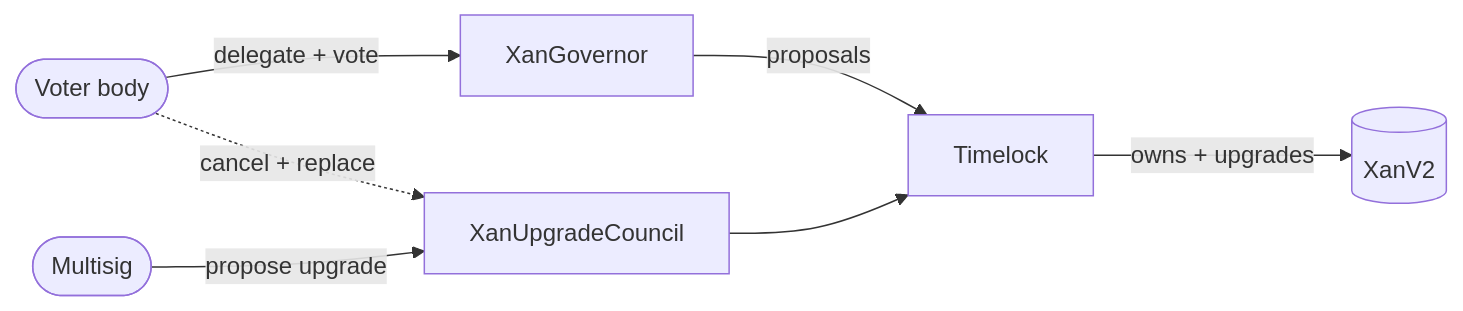
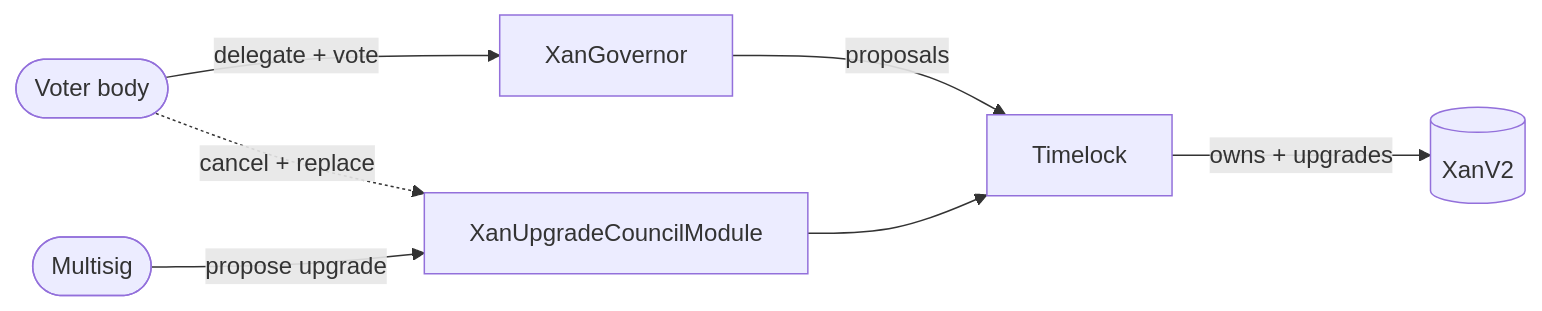
One commit to anoma/token changed the diagram in CONTEXT.md. Above: the diagram before and after it, drawn with Mermaid. The commit also changed other lines of this file, not shown here.

````diff
--- a/CONTEXT.md
+++ b/CONTEXT.md
@@ -9,17 +9,17 @@
 ```mermaid
 flowchart LR
     voters([Voter body])
     gov[XanGovernor]
     multisig([Multisig])
-    module[XanUpgradeCouncil]
+    module[XanUpgradeCouncilModule]
     timelock[Timelock]
     token[(XanV2)]
 
     voters -->|delegate + vote| gov
     gov -->|proposals| timelock
     multisig -->|propose upgrade| module
     module --> timelock
     timelock -->|owns + upgrades| token
 
     voters -. cancel + replace .-> module
 ```
````
